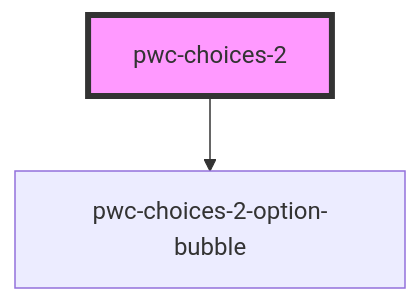
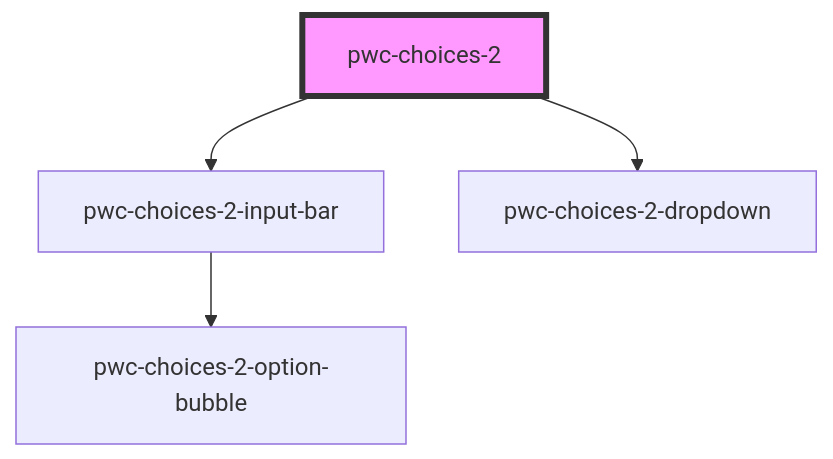
One commit to Paraboly/pwc-choices changed the diagram in src/components/pwc-choices-2/readme.md. Above: the diagram before and after it, drawn with Mermaid. The commit also changed other lines of this file and 4 other files, not shown here.

````diff
--- a/src/components/pwc-choices-2/readme.md
+++ b/src/components/pwc-choices-2/readme.md
@@ -39,5 +41,7 @@
 ```mermaid
 graph TD;
-  pwc-choices-2 --> pwc-choices-2-option-bubble
+  pwc-choices-2 --> pwc-choices-2-input-bar
+  pwc-choices-2 --> pwc-choices-2-dropdown
+  pwc-choices-2-input-bar --> pwc-choices-2-option-bubble
   style pwc-choices-2 fill:#f9f,stroke:#333,stroke-width:4px
 ```
````
